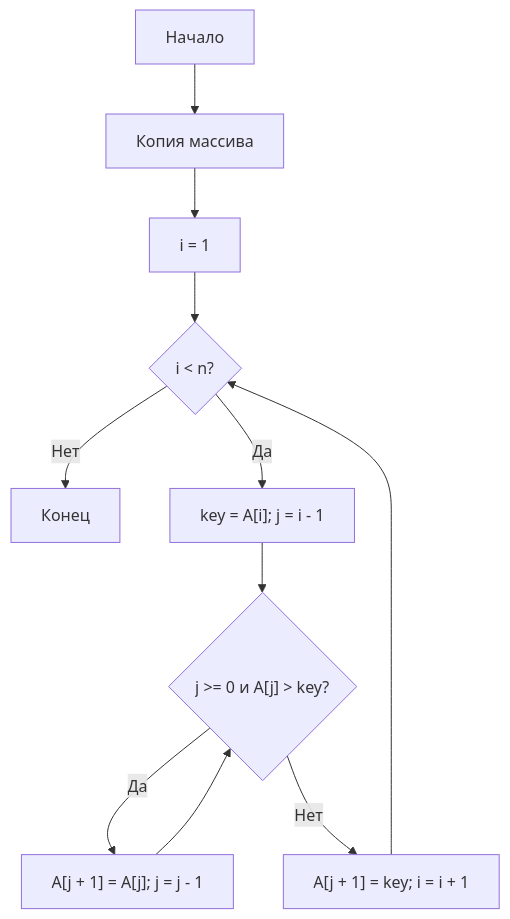
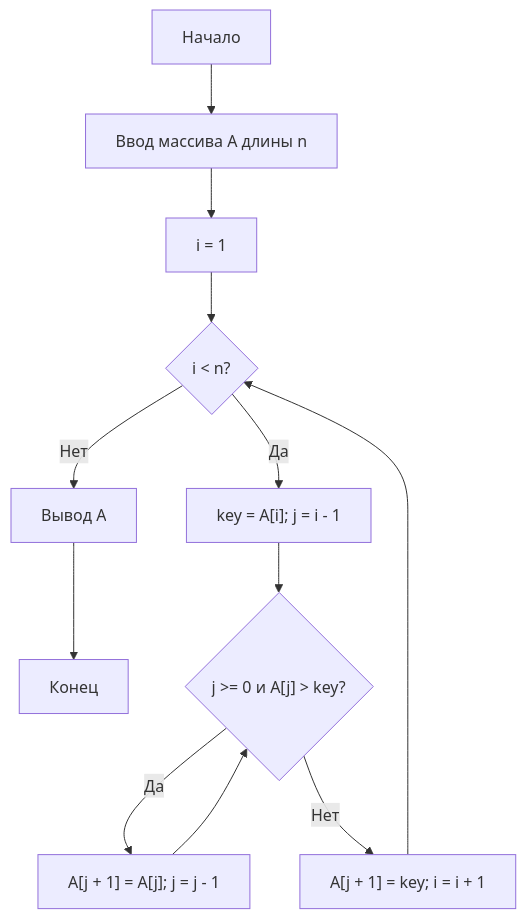
Before and after one commit to annyannnn/-2: the second of 3 diagrams in ЛР2_Осипова_Анна_Алексеевна_Вариант_0/report.md, drawn with Mermaid. The commit also changed other lines of this file, not shown here.

````diff
--- a/ЛР2_Осипова_Анна_Алексеевна_Вариант_0/report.md
+++ b/ЛР2_Осипова_Анна_Алексеевна_Вариант_0/report.md
@@ -29,8 +60,11 @@
 ```mermaid
 flowchart TD
-    A["Начало"] --> B["Копия массива"] --> C["i = 1"] --> D{"i < n?"}
-    D -->|"Нет"| Z["Конец"]
-    D -->|"Да"| E["key = A[i]; j = i - 1"] --> F{"j >= 0 и A[j] > key?"}
+    A["Начало"] --> B["Ввод массива A длины n"]
+    B --> C["i = 1"]
+    C --> D{"i < n?"}
+    D -->|"Нет"| Z["Вывод A"] --> END["Конец"]
+    D -->|"Да"| E["key = A[i]; j = i - 1"]
+    E --> F{"j >= 0 и A[j] > key?"}
     F -->|"Да"| G["A[j + 1] = A[j]; j = j - 1"] --> F
     F -->|"Нет"| H["A[j + 1] = key; i = i + 1"] --> D
 ```
````
